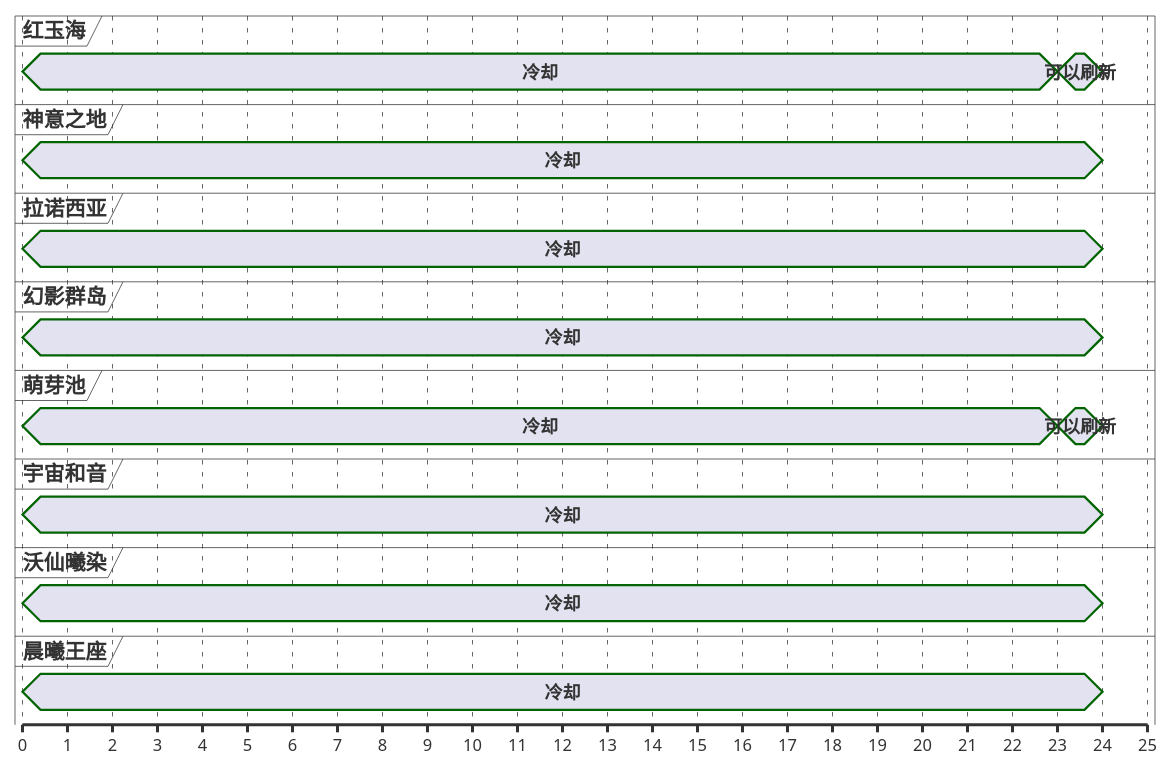
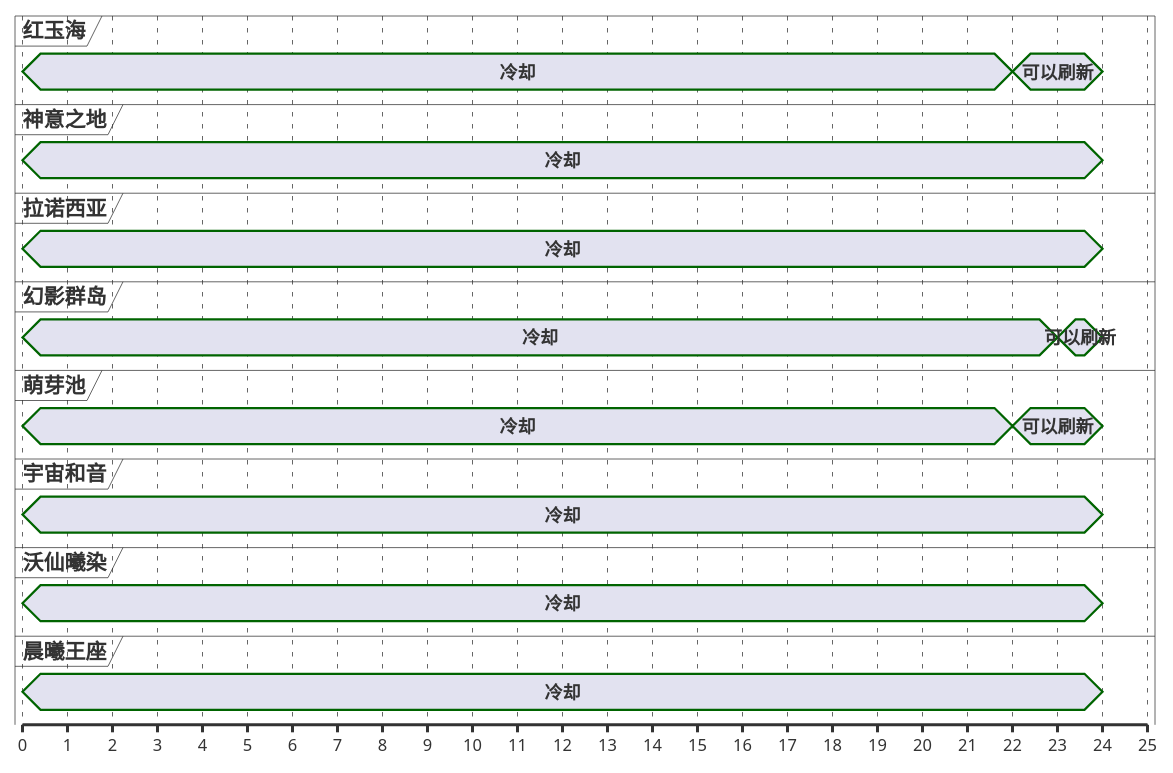
The first of 13 diagrams in ffxiv/hunt/2.0/Lampalagua.md (Eroleice/doc-pi), drawn with PlantUML before and after one commit. The commit also changed other lines of this file and 38 other files, not shown here.

````diff
--- a/ffxiv/hunt/2.0/Lampalagua.md
+++ b/ffxiv/hunt/2.0/Lampalagua.md
@@ -33,49 +33,50 @@
 ```plantuml
 @startuml
 scale 1 as 30 pixels
 
 concise 红玉海
 concise 神意之地
 concise 拉诺西亚
 concise 幻影群岛
 concise 萌芽池
 concise 宇宙和音
 concise 沃仙曦染
 concise 晨曦王座
 
 @萌芽池
 0 is 冷却
-23 is 可以刷新
+22 is 可以刷新
 24 is {hidden}
 
 @红玉海
 0 is 冷却
-23 is 可以刷新
+22 is 可以刷新
 24 is {hidden}
 
 @幻影群岛
 0 is 冷却
+23 is 可以刷新
 24 is {hidden}
 
 @拉诺西亚
 0 is 冷却
 24 is {hidden}
 
 @宇宙和音
 0 is 冷却
 24 is {hidden}
 
 @晨曦王座
 0 is 冷却
 24 is {hidden}
 
 @神意之地
 0 is 冷却
 24 is {hidden}
 
 @沃仙曦染
 0 is 冷却
 24 is {hidden}
 
 @enduml
 ```
````
